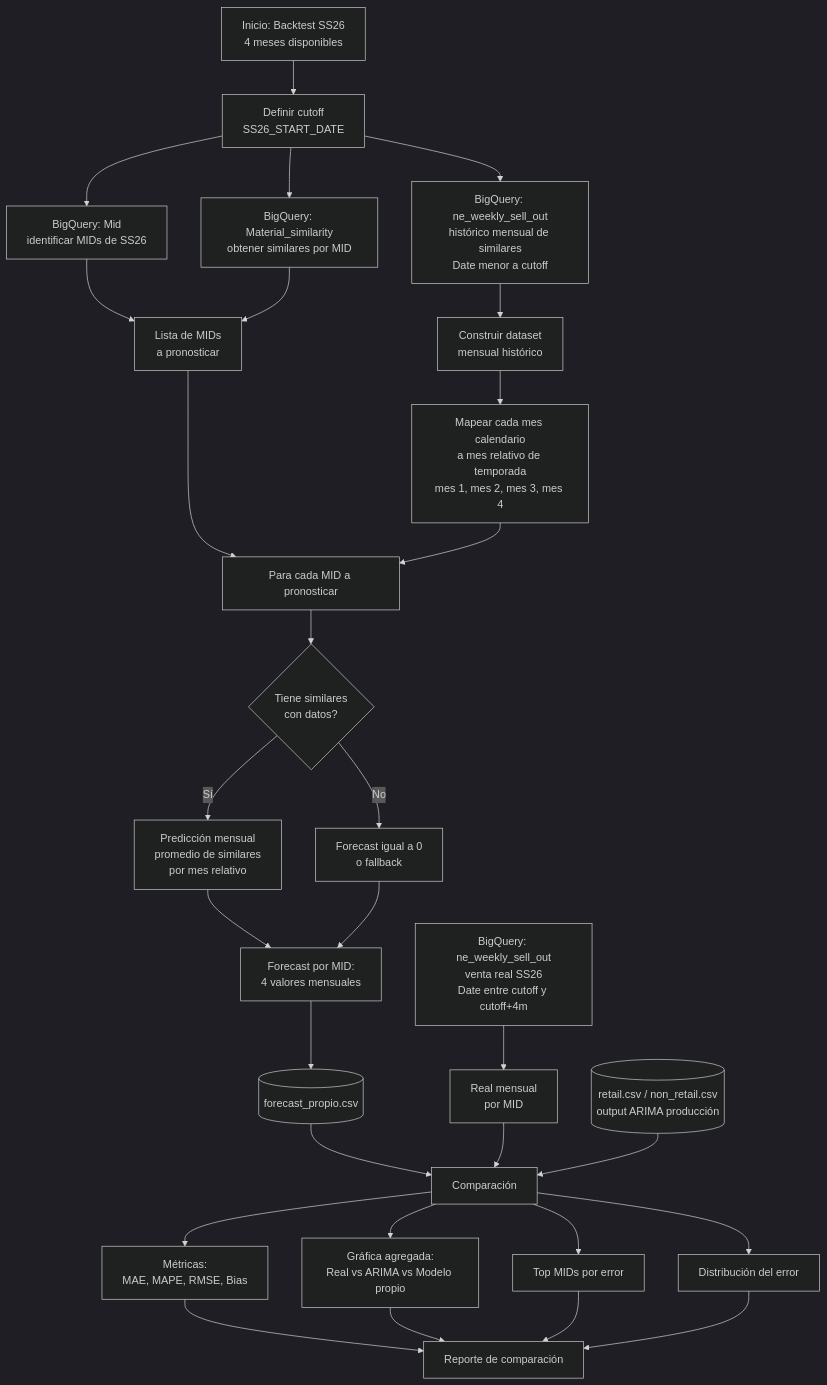
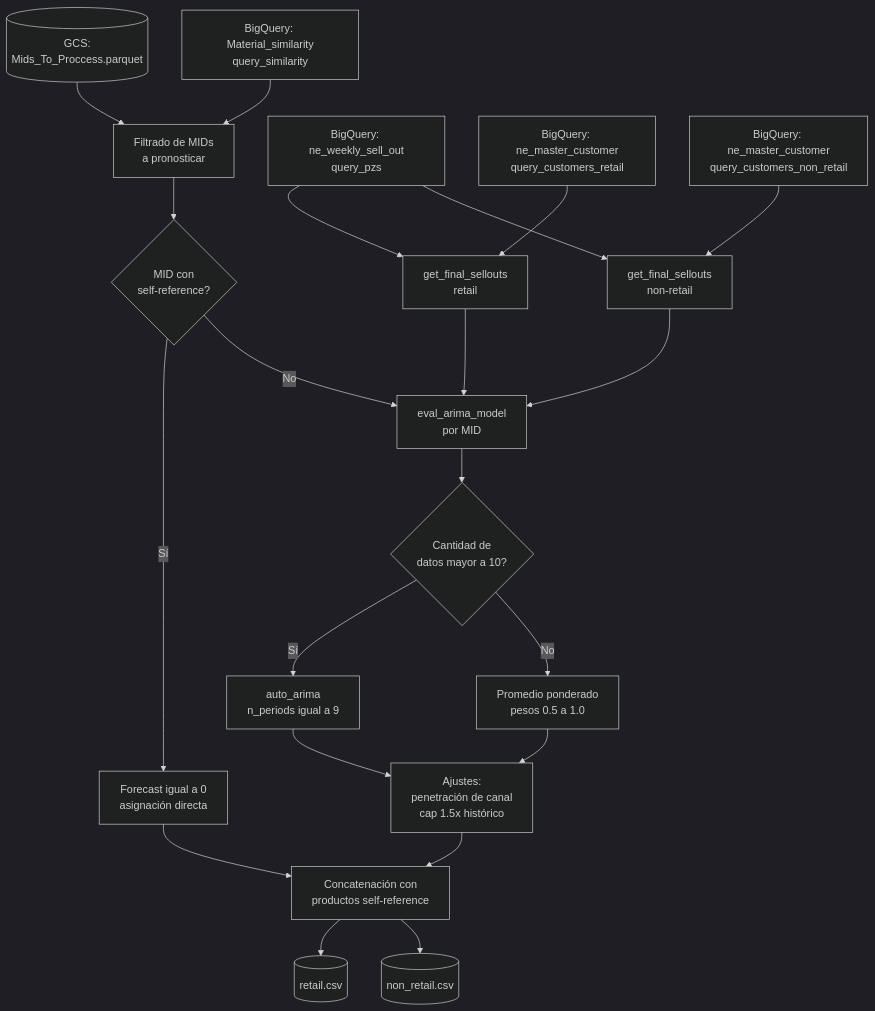
One commit to CarolinaNPA/kdrama-recommender changed the diagram in README.md. Above: the diagram before and after it, drawn with Mermaid (dark theme). The commit also changed other lines of this file, not shown here.

````diff
--- a/README.md
+++ b/README.md
@@ -20,42 +20,32 @@
 ```mermaid
 flowchart TD
-    A[Inicio: Backtest SS26<br/>4 meses disponibles] --> B[Definir cutoff<br/>SS26_START_DATE]
-
-    B --> C1[BigQuery: Mid<br/>identificar MIDs de SS26]
-    B --> C2[BigQuery: Material_similarity<br/>obtener similares por MID]
-    B --> C3[BigQuery: ne_weekly_sell_out<br/>histórico mensual de similares<br/>Date menor a cutoff]
-
-    C1 --> D[Lista de MIDs<br/>a pronosticar]
-    C2 --> D
-
-    C3 --> E[Construir dataset<br/>mensual histórico]
-    E --> E1[Mapear cada mes calendario<br/>a mes relativo de temporada<br/>mes 1, mes 2, mes 3, mes 4]
-
-    D --> F[Para cada MID a pronosticar]
-    E1 --> F
-
-    F --> G{Tiene similares<br/>con datos?}
-    G -->|No| H[Forecast igual a 0<br/>o fallback]
-    G -->|Sí| I[Predicción mensual<br/>promedio de similares<br/>por mes relativo]
-
-    I --> J[Forecast por MID:<br/>4 valores mensuales]
-    H --> J
-
-    J --> K[(forecast_propio.csv)]
-
-    L[BigQuery: ne_weekly_sell_out<br/>venta real SS26<br/>Date entre cutoff y cutoff+4m] --> M[Real mensual<br/>por MID]
-
-    K --> N[Comparación]
-    M --> N
-    O[(retail.csv / non_retail.csv<br/>output ARIMA producción)] --> N
-
-    N --> P1[Métricas:<br/>MAE, MAPE, RMSE, Bias]
-    N --> P2[Gráfica agregada:<br/>Real vs ARIMA vs Modelo propio]
-    N --> P3[Top MIDs por error]
-    N --> P4[Distribución del error]
-
-    P1 --> Q[Reporte de comparación]
-    P2 --> Q
-    P3 --> Q
-    P4 --> Q
+    A[(GCS:<br/>Mids_To_Proccess.parquet)] --> D
+    
+    B1[BigQuery: ne_weekly_sell_out<br/>query_pzs] --> C1[get_final_sellouts<br/>retail]
+    B1 --> C2[get_final_sellouts<br/>non-retail]
+    
+    B2[BigQuery: ne_master_customer<br/>query_customers_retail] --> C1
+    B3[BigQuery: ne_master_customer<br/>query_customers_non_retail] --> C2
+    
+    B4[BigQuery: Material_similarity<br/>query_similarity] --> D[Filtrado de MIDs<br/>a pronosticar]
+    
+    D --> E{MID con<br/>self-reference?}
+    E -->|Sí| F[Forecast igual a 0<br/>asignación directa]
+    E -->|No| G[eval_arima_model<br/>por MID]
+    
+    C1 --> G
+    C2 --> G
+    
+    G --> G1{Cantidad de<br/>datos mayor a 10?}
+    G1 -->|Sí| G2[auto_arima<br/>n_periods igual a 9]
+    G1 -->|No| G3[Promedio ponderado<br/>pesos 0.5 a 1.0]
+    
+    G2 --> H[Ajustes:<br/>penetración de canal<br/>cap 1.5x histórico]
+    G3 --> H
+    
+    H --> I[Concatenación con<br/>productos self-reference]
+    F --> I
+    
+    I --> J1[(retail.csv)]
+    I --> J2[(non_retail.csv)]
 ```
````
